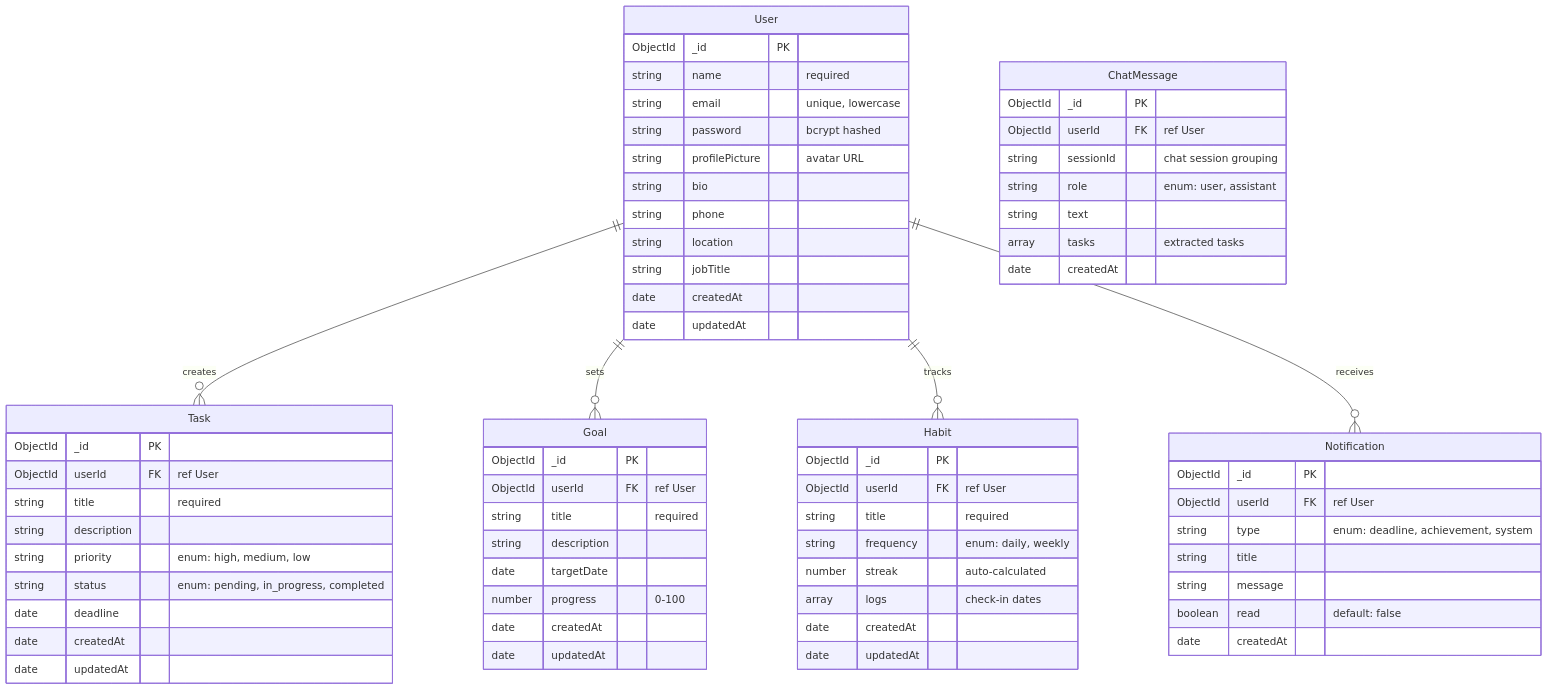
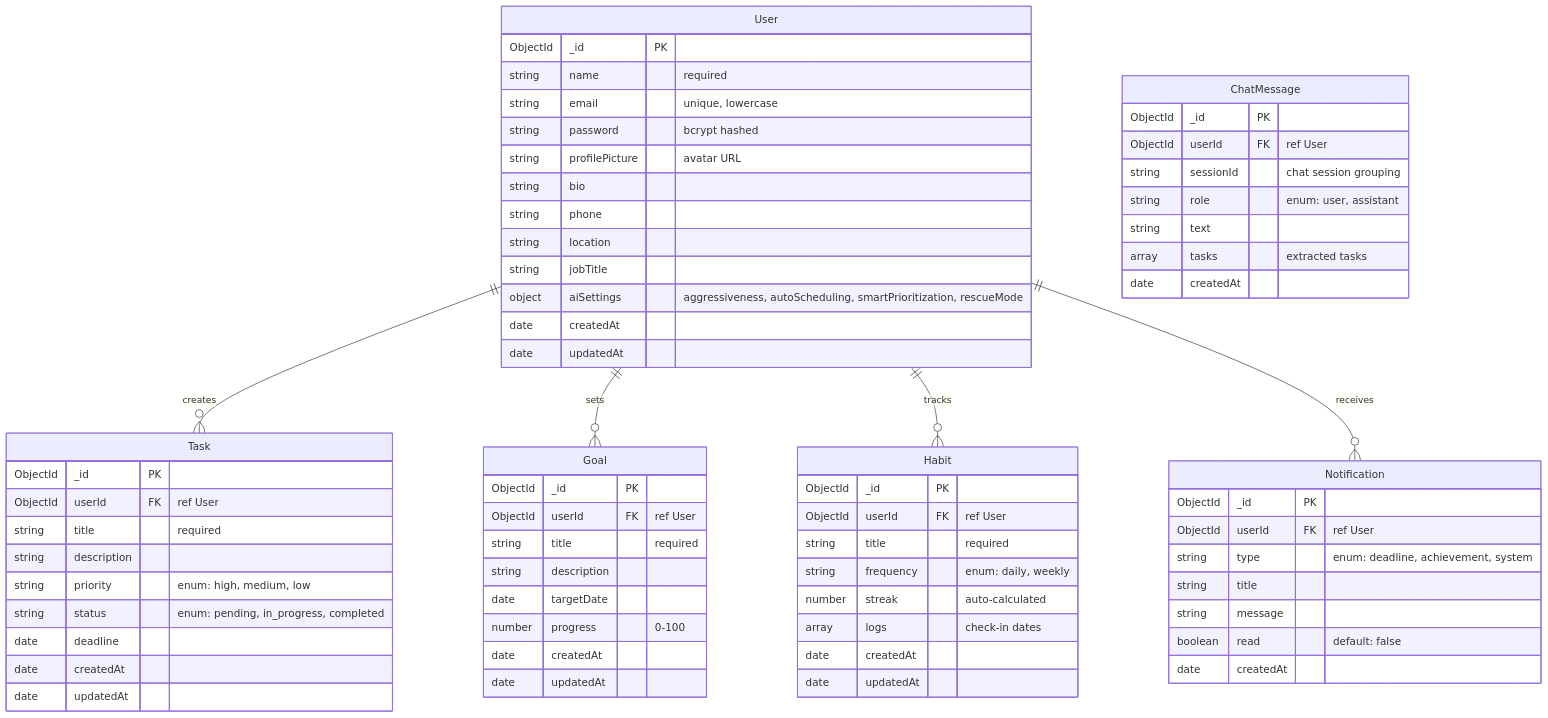
Before and after one commit to Shubham-997800/FlowSyncAi: the second of 2 diagrams in README.md, drawn with Mermaid. The commit also changed other lines of this file and 31 other files, not shown here.

````diff
--- a/README.md
+++ b/README.md
@@ -496,75 +512,76 @@
 ```mermaid
 erDiagram
     User ||--o{ Task : creates
     User ||--o{ Goal : sets
     User ||--o{ Habit : tracks
     User ||--o{ Notification : receives
 
     User {
         ObjectId _id PK
         string name "required"
         string email "unique, lowercase"
         string password "bcrypt hashed"
         string profilePicture "avatar URL"
         string bio
         string phone
         string location
         string jobTitle
+        object aiSettings "aggressiveness, autoScheduling, smartPrioritization, rescueMode"
         date createdAt
         date updatedAt
     }
 
     Task {
         ObjectId _id PK
         ObjectId userId FK "ref User"
         string title "required"
         string description
         string priority "enum: high, medium, low"
         string status "enum: pending, in_progress, completed"
         date deadline
         date createdAt
         date updatedAt
     }
 
     Goal {
         ObjectId _id PK
         ObjectId userId FK "ref User"
         string title "required"
         string description
         date targetDate
         number progress "0-100"
         date createdAt
         date updatedAt
     }
 
     Habit {
         ObjectId _id PK
         ObjectId userId FK "ref User"
         string title "required"
         string frequency "enum: daily, weekly"
         number streak "auto-calculated"
         array logs "check-in dates"
         date createdAt
         date updatedAt
     }
 
     Notification {
         ObjectId _id PK
         ObjectId userId FK "ref User"
         string type "enum: deadline, achievement, system"
         string title
         string message
         boolean read "default: false"
         date createdAt
     }
 
     ChatMessage {
         ObjectId _id PK
         ObjectId userId FK "ref User"
         string sessionId "chat session grouping"
         string role "enum: user, assistant"
         string text
         array tasks "extracted tasks"
         date createdAt
     }
 ```
````
